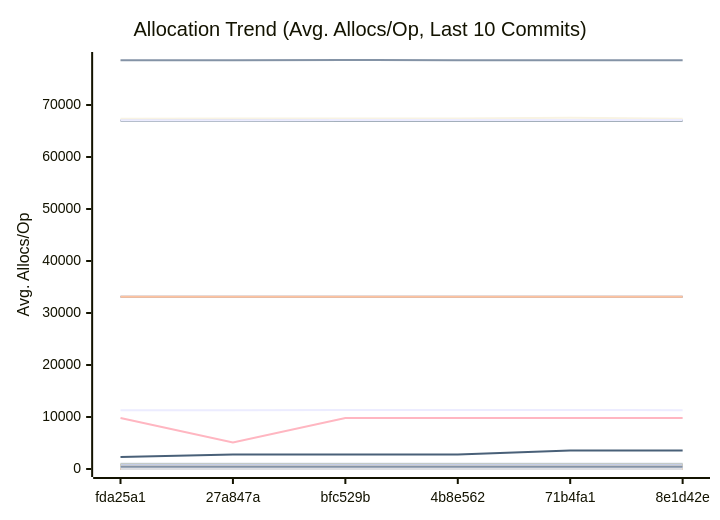
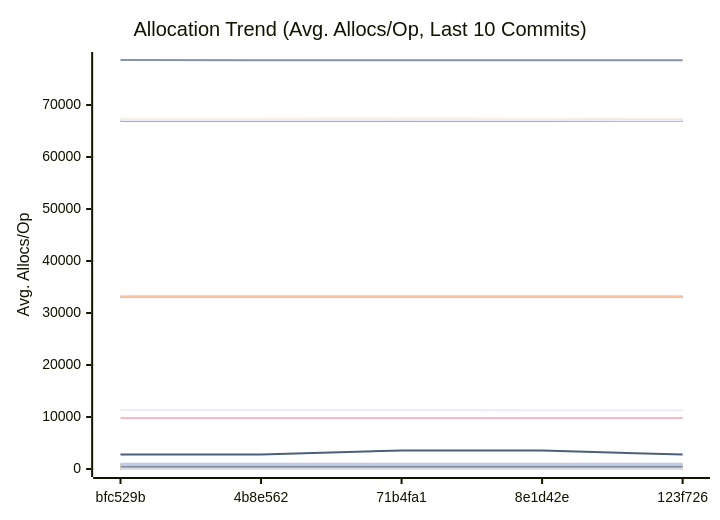
The third of 3 diagrams in docs/PERFORMANCE.md (alsotoes/momo), drawn with Mermaid before and after one commit. The commit also changed other lines of this file and 1 other file, not shown here.

````diff
--- a/docs/PERFORMANCE.md
+++ b/docs/PERFORMANCE.md
@@ -360,44 +360,44 @@
 ```mermaid
 xychart-beta
     title "Allocation Trend (Avg. Allocs/Op, Last 10 Commits)"
     x-axis "Commit"
     y-axis "Avg. Allocs/Op"
-    x-axis [fda25a1,27a847a,bfc529b,4b8e562,71b4fa1,8e1d42e]
-    line "AWSChunkedReaderSigned" [11296,11287,11338,11329,11352,11316,11313,11300,11299,11305]
-    line "AWSChunkedReaderUnsigned" [78579,78582,78651,78603,78618,78588,78582,78589,78575,78586]
+    x-axis [bfc529b,4b8e562,71b4fa1,8e1d42e,123f726]
+    line "AWSChunkedReaderSigned" [11338,11329,11352,11316,11313,11300,11299,11305,11315,11352]
+    line "AWSChunkedReaderUnsigned" [78651,78603,78618,78588,78582,78589,78575,78586,78603,78609]
     line "CheckMetricsAndSwap" [0,0,0,0,0,0,0,0,0,0]
     line "CrushOptimized" [0,0,0,0,0,0,0,0,0,0]
     line "CrushOriginal" [3,3,3,3,3,3,3,3,3,3]
     line "FormatListObjectsV2XML_AppendFormat" [16,16,16,16,16,16,16,16,16,16]
     line "FormatListObjectsV2XML_OldFormat" [1000,1000,1000,1000,1000,1000,1000,1000,1000,1000]
     line "HashBytes/1MiB" [64,64,64,64,64,64,64,64,64,64]
     line "HashBytes/256MiB" [64,64,64,64,64,64,64,64,64,64]
     line "HashBytes/64MiB" [64,64,64,64,64,64,64,64,64,64]
     line "HashFile/1MiB" [33128,33128,33128,33128,33128,33128,33128,33128,33128,33128]
     line "HashFile/256MiB" [33128,33128,33128,33128,33128,33128,33128,33128,33128,33128]
-    line "HashFile/64MiB" [33137,33128,33128,33128,33128,33128,33128,33128,33128,33128]
+    line "HashFile/64MiB" [33128,33128,33128,33128,33128,33128,33128,33128,33128,33128]
     line "IndexDirectTracking" [0,0,0,0,0,0,0,0,0,0]
     line "IndexSearch" [0,0,0,0,0,0,0,0,0,0]
     line "LastModifiedHeader_AppendFormat" [0,0,0,0,0,0,0,0,0,0]
-    line "LastModifiedHeader_Format" [0,0,0,1,1,1,1,1,1,1]
+    line "LastModifiedHeader_Format" [0,1,1,1,1,1,1,1,1,1]
     line "LoadGlobalConfig" [58,58,58,58,58,58,58,58,58,58]
-    line "LocalWrite/1MiB" [67029,67028,67031,67030,67036,67032,67034,67035,67028,67030]
-    line "LocalWrite/256MiB" [67372,67383,67413,67386,67552,67369,67393,67386,67388,67358]
-    line "LocalWrite/64MiB" [67077,67052,67096,67102,67105,67107,67056,67086,67077,67086]
+    line "LocalWrite/1MiB" [67031,67030,67036,67032,67034,67035,67028,67030,67029,67036]
+    line "LocalWrite/256MiB" [67413,67386,67552,67369,67393,67386,67388,67358,67330,67465]
+    line "LocalWrite/64MiB" [67096,67102,67105,67107,67056,67086,67077,67086,67071,67103]
     line "PadString" [1,1,1,1,1,1,1,1,1,1]
     line "ParseReplicationOrder_NoPrealloc" [6,6,6,6,6,5,5,5,5,5]
     line "ParseReplicationOrder_Prealloc" [2,2,2,2,2,1,1,1,1,1]
     line "Placement" [6,6,6,6,6,6,6,6,6,6]
     line "PlacementDomainSpread" [6,6,6,6,6,6,6,6,6,6]
-    line "ReadVerify/1MiB" [460,462,473,468,479,467,465,462,461,460]
-    line "ReadVerify/256MiB" [9808,5120,9808,9808,9808,9808,9808,9808,9808,5120]
-    line "ReadVerify/64MiB" [2307,2776,2776,2776,3557,3557,2776,2307,2776,2776]
+    line "ReadVerify/1MiB" [473,468,479,467,465,462,461,460,460,484]
+    line "ReadVerify/256MiB" [9808,9808,9808,9808,9808,9808,9808,5120,5120,9808]
+    line "ReadVerify/64MiB" [2776,2776,3557,3557,2776,2307,2776,2776,2776,2776]
     line "S3PutSpool/1MiB" [447,447,447,447,447,447,447,447,447,447]
     line "S3PutSpool/256MiB" [448,448,448,448,448,448,448,448,448,448]
-    line "S3PutSpool/64MiB" [448,448,448,448,448,448,448,448,446,448]
+    line "S3PutSpool/64MiB" [448,448,448,448,448,448,446,448,448,448]
     line "SanitizeLog/Safe" [0,0,0,0,0,0,0,0,0,0]
     line "SanitizeLog/Unsafe" [1,1,1,1,1,1,1,1,1,1]
-    line "TrustedRead/1MiB" [800,800,839,840,800,834,800,800,800,800]
+    line "TrustedRead/1MiB" [839,840,800,834,800,800,800,800,830,800]
     line "TrustedRead/256MiB" [800,800,800,800,800,800,800,800,800,800]
     line "TrustedRead/64MiB" [800,800,800,800,800,800,800,800,800,800]
 ```
````
